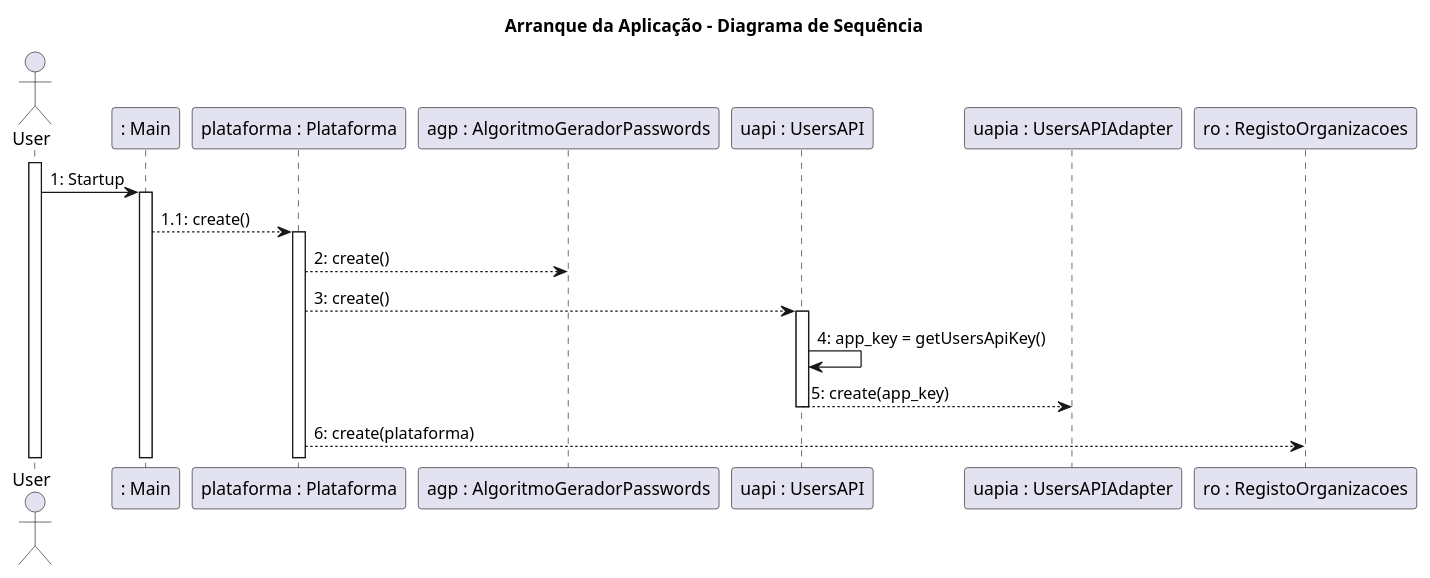
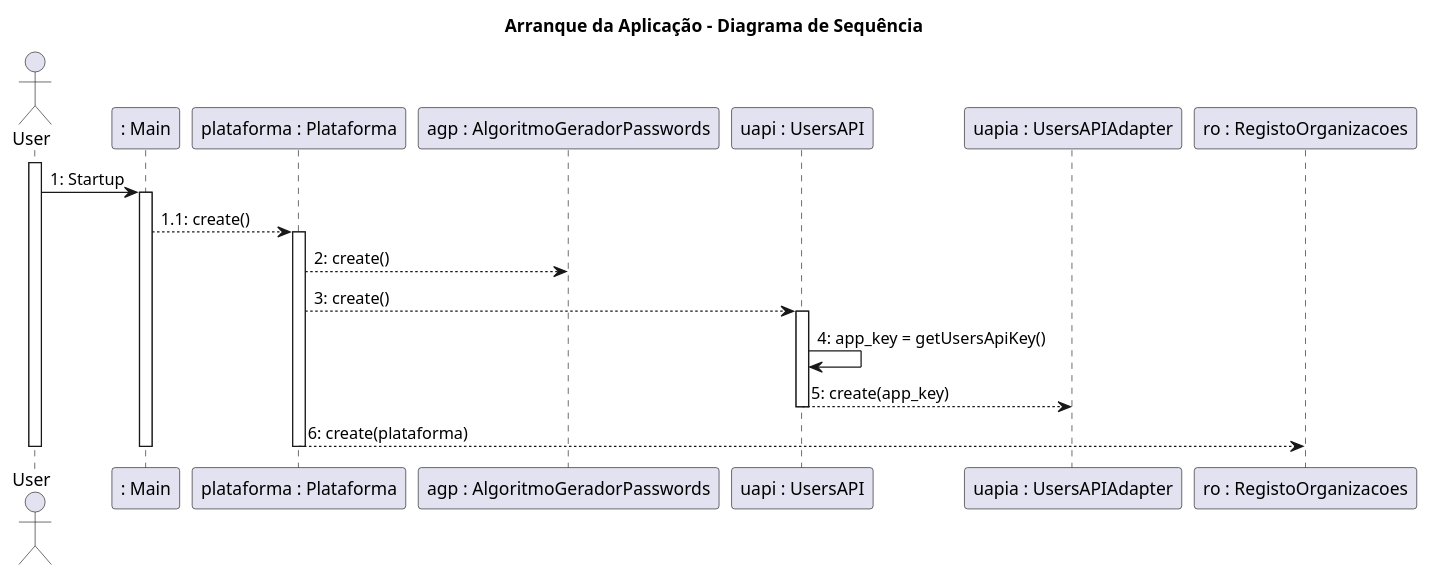
One commit to pedro-miguez/upskill_java1_labprg_grupo3 changed the diagram in Start_app/start_app_dds.wsd. Above: the diagram before and after it, drawn with PlantUML. The commit also changed 1 other file, not shown here.

```diff
--- a/Start_app/start_app_dds.wsd
+++ b/Start_app/start_app_dds.wsd
@@ -1,28 +1,33 @@
 @startuml
 
 title Arranque da Aplicação - Diagrama de Sequência
 
 actor User
 
 activate User
 
 User -> ": Main": 1: Startup
 activate ": Main"
 
 ": Main" --> "plataforma : Plataforma": 1.1: create()
 activate "plataforma : Plataforma"
 
 "plataforma : Plataforma" --> "agp : AlgoritmoGeradorPasswords": 2: create()
 
 "plataforma : Plataforma" --> "uapi : UsersAPI": 3: create()
 activate "uapi : UsersAPI"
 
 "uapi : UsersAPI" -> "uapi : UsersAPI": 4: app_key = getUsersApiKey()
 
 "uapi : UsersAPI" --> "uapia : UsersAPIAdapter": 5: create(app_key)
 deactivate "uapi : UsersAPI"
 
 "plataforma : Plataforma" --> "ro : RegistoOrganizacoes": 6: create(plataforma)
 
+deactivate "plataforma : Plataforma"
+
+deactivate ": Main"
+
+deactivate User
 
 @enduml
```
